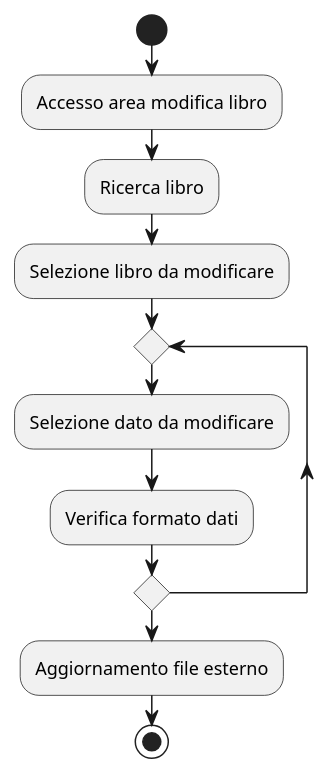
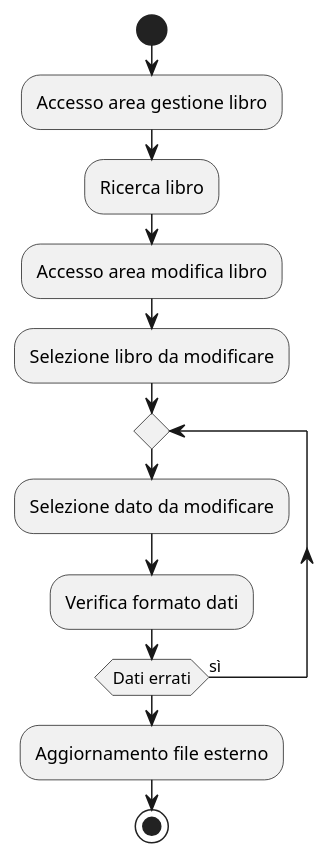
One commit to amalinconico6-cpu/Biblioteca_universitaria_10 changed the diagram in Progettazione/AllDiagramsCode/ActivityDiagramsCode/ModificaDatiLibro.wsd. Above: the diagram before and after it, drawn with PlantUML. The commit also changed 19 other files, not shown here.

```diff
--- a/Progettazione/AllDiagramsCode/ActivityDiagramsCode/ModificaDatiLibro.wsd
+++ b/Progettazione/AllDiagramsCode/ActivityDiagramsCode/ModificaDatiLibro.wsd
@@ -1,15 +1,15 @@
 @startuml ModificaDatiLibro
 start 
-
+:Accesso area gestione libro;
+:Ricerca libro;
 :Accesso area modifica libro;
-:Ricerca libro;
 :Selezione libro da modificare;
 repeat 
 :Selezione dato da modificare;
 :Verifica formato dati;
-repeat while
+repeat while (Dati errati) is (sì)
 
 :Aggiornamento file esterno;
 
 stop
 @enduml
```
